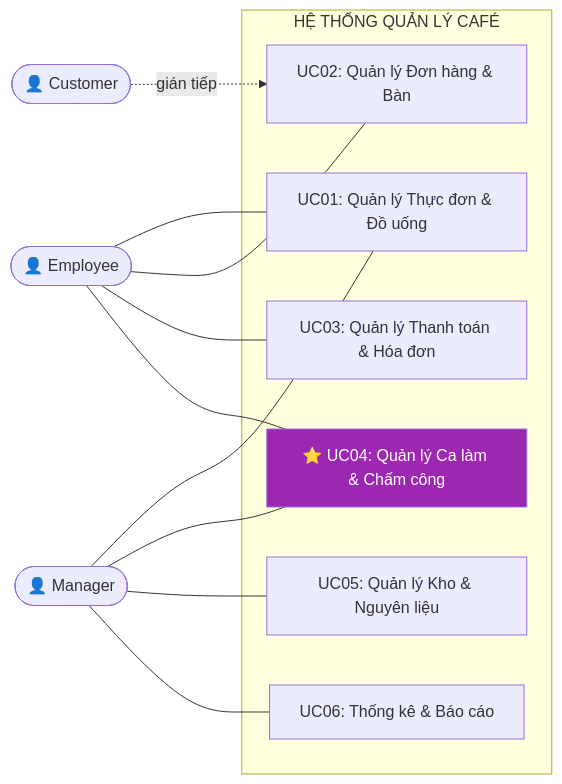
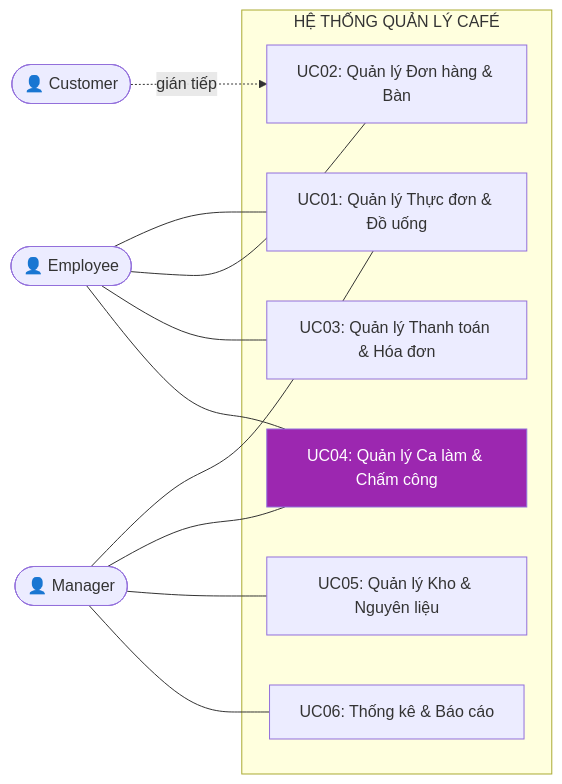
The diagram in chapters/Ch03_CHƯƠNG_1_TỔNG_QUAN_HỆ_THỐNG_VÀ_PHÂN_CÔN.md (Elkayee/doc-automation-suite), drawn with Mermaid before and after one commit. The commit also changed other lines of this file and 40 other files, not shown here.

````diff
--- a/chapters/Ch03_CHƯƠNG_1_TỔNG_QUAN_HỆ_THỐNG_VÀ_PHÂN_CÔN.md
+++ b/chapters/Ch03_CHƯƠNG_1_TỔNG_QUAN_HỆ_THỐNG_VÀ_PHÂN_CÔN.md
@@ -21,27 +21,27 @@
 ```mermaid
 graph LR
     Manager(["👤 Manager"])
     Employee(["👤 Employee"])
     Customer(["👤 Customer"])
 
     subgraph HT ["HỆ THỐNG QUẢN LÝ CAFÉ"]
         UC01["UC01: Quản lý Thực đơn & Đồ uống"]
         UC02["UC02: Quản lý Đơn hàng & Bàn"]
         UC03["UC03: Quản lý Thanh toán & Hóa đơn"]
-        UC04["⭐ UC04: Quản lý Ca làm & Chấm công"]
+        UC04["UC04: Quản lý Ca làm & Chấm công"]
         UC05["UC05: Quản lý Kho & Nguyên liệu"]
         UC06["UC06: Thống kê & Báo cáo"]
     end
 
     Manager --- UC01
     Manager --- UC04
     Manager --- UC05
     Manager --- UC06
     Employee --- UC01
     Employee --- UC02
     Employee --- UC03
     Employee --- UC04
     Customer -. "gián tiếp" .-> UC02
 
     style UC04 fill:#9C27B0,color:#fff
 ```
````
